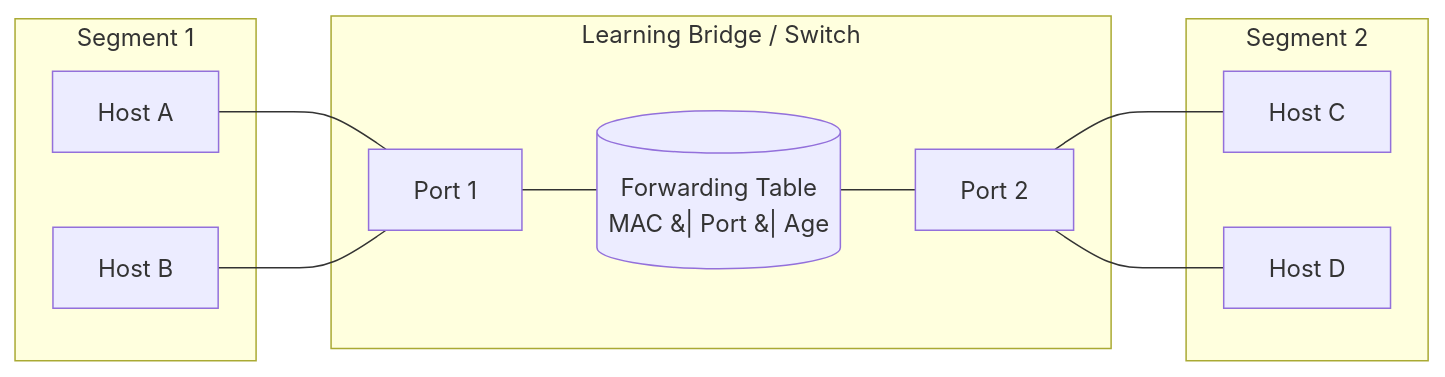
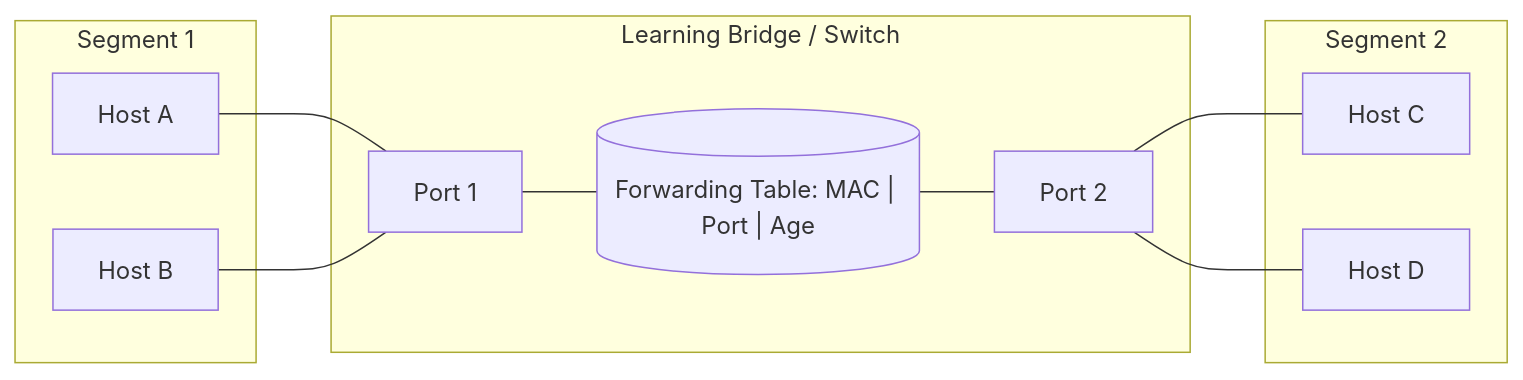
The ninth of 12 diagrams in notes/computer_networks/Chapter_4_MAC_Layer.md (DeepLumiere/DeepSkills), drawn with Mermaid before and after one commit. The commit also changed other lines of this file and 56 other files, not shown here.

````diff
--- a/notes/computer_networks/Chapter_4_MAC_Layer.md
+++ b/notes/computer_networks/Chapter_4_MAC_Layer.md
@@ -2169,64 +2169,64 @@
 ```mermaid
 
 
 flowchart LR
 
 
     subgraph LAN1 ["Segment 1"]
 
 
         A[Host A]
 
 
         B[Host B]
 
 
     end
 
 
     subgraph Switch ["Learning Bridge / Switch"]
 
 
         P1[Port 1]
 
 
-        FDB[(Forwarding Table<br>MAC &#124; Port &#124; Age)]
+        FDB[("Forwarding Table: MAC | Port | Age")]
 
 
         P2[Port 2]
 
 
     end
 
 
     subgraph LAN2 ["Segment 2"]
 
 
         C[Host C]
 
 
         D[Host D]
 
 
     end
 
 
 
 
 
     A --- P1
 
 
     B --- P1
 
 
     P1 --- FDB --- P2
 
 
     P2 --- C
 
 
     P2 --- D
 
 
 ```
````
